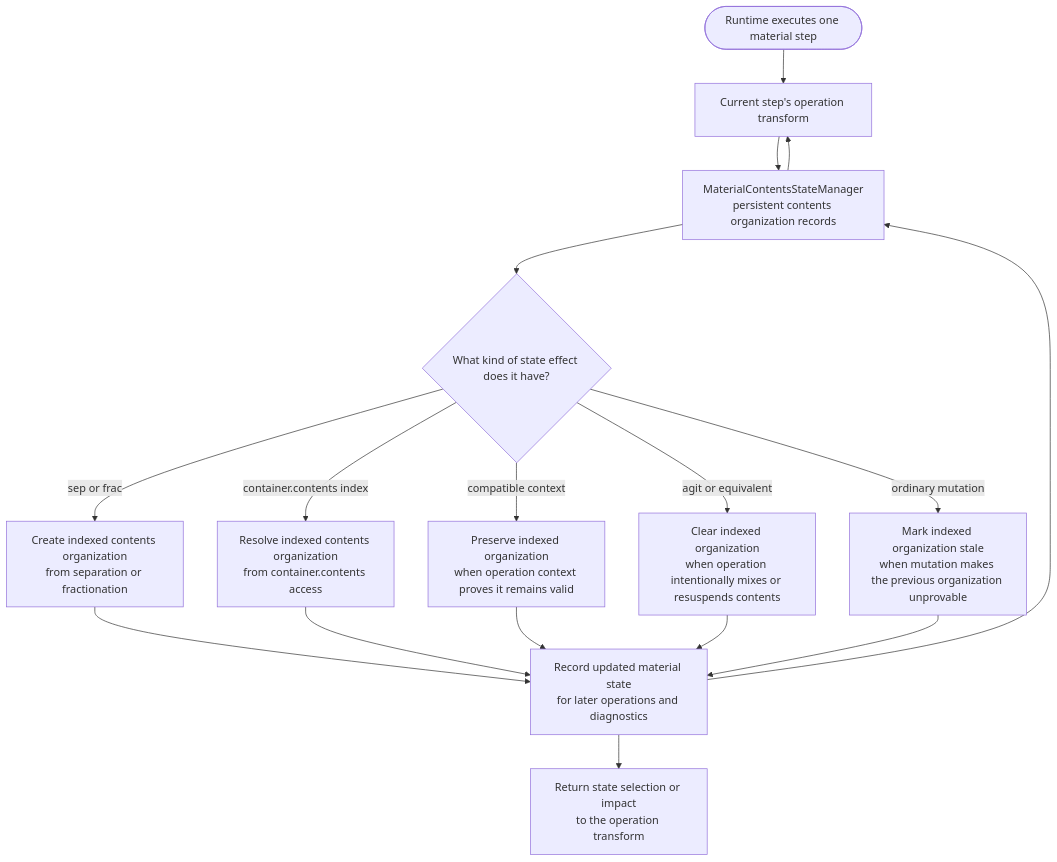
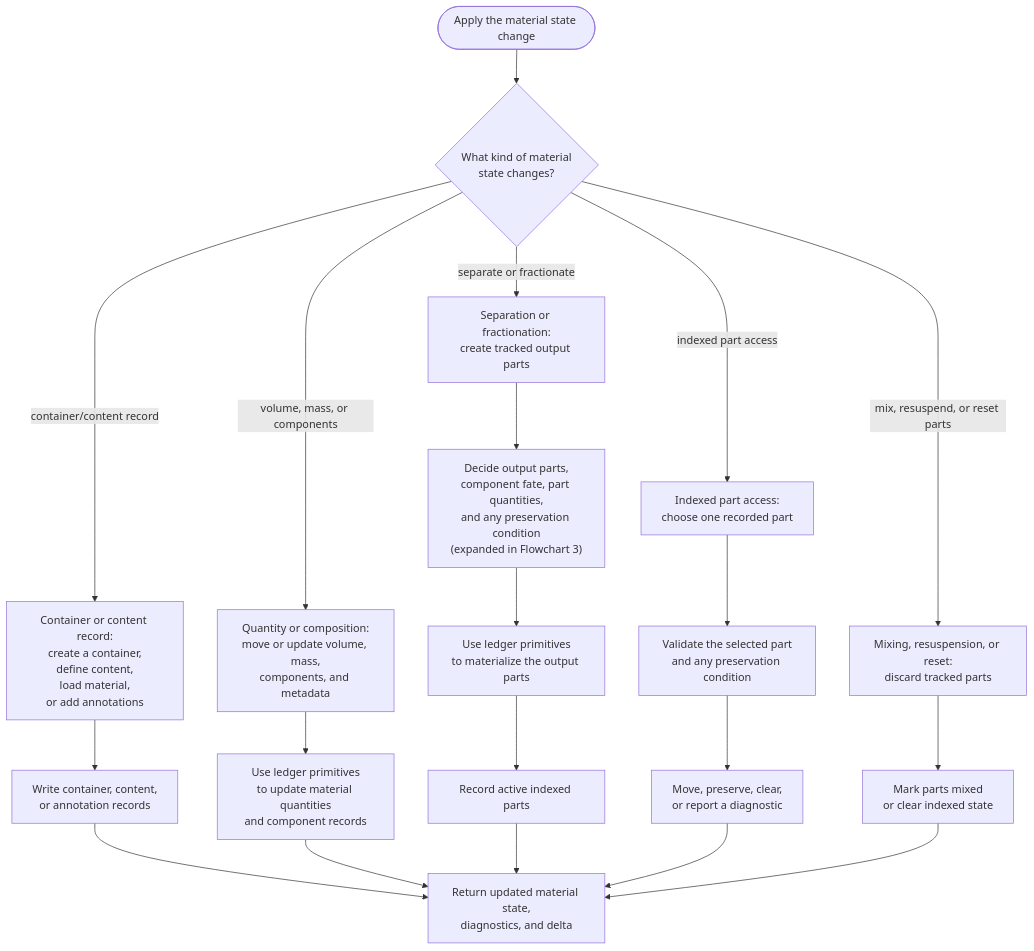
Before and after one commit to culsma/culsma: the second of 8 diagrams in docs/architecture/material_compute_module_diagrams.md, drawn with Mermaid. The commit also changed other lines of this file and 10 other files, not shown here.

````diff
--- a/docs/architecture/material_compute_module_diagrams.md
+++ b/docs/architecture/material_compute_module_diagrams.md
@@ -133,31 +89,51 @@
 ```mermaid
 flowchart TB
-    Step(["Runtime executes one material step"])
-    Transform["Current step's operation transform"]
-    Manager["MaterialContentsStateManager<br/>persistent contents organization records"]
-    Kind{"What kind of state effect does it have?"}
-    Create["Create indexed contents organization<br/>from separation or fractionation"]
-    Read["Resolve indexed contents organization<br/>from container.contents access"]
-    Preserve["Preserve indexed organization<br/>when operation context proves it remains valid"]
-    Mix["Clear indexed organization<br/>when operation intentionally mixes or resuspends contents"]
-    Invalidate["Mark indexed organization stale<br/>when mutation makes the previous organization unprovable"]
-    State["Record updated material state<br/>for later operations and diagnostics"]
-    Result["Return state selection or impact<br/>to the operation transform"]
+    Step(["Apply the material state change"])
+    Action{"What kind of material<br/>state changes?"}
 
-    Step --> Transform
-    Transform --> Manager
-    Manager --> Kind
-    Kind -->|sep or frac| Create
-    Kind -->|container.contents index| Read
-    Kind -->|compatible context| Preserve
-    Kind -->|agit or equivalent| Mix
-    Kind -->|ordinary mutation| Invalidate
-    Create --> State
-    Read --> State
-    Preserve --> State
-    Mix --> State
-    Invalidate --> State
-    State --> Manager
-    Manager --> Transform
-    State --> Result
+    ContainerRecord["Container or content record:<br/>create a container,<br/>define content,<br/>load material,<br/>or add annotations"]
+    ContainerApply["Write container, content,<br/>or annotation records"]
+
+    QuantityComposition["Quantity or composition:<br/>move or update volume, mass,<br/>components, and metadata"]
+    QuantityApply["Use ledger primitives<br/>to update material quantities<br/>and component records"]
+
+    SepFrac["Separation or fractionation:<br/>create tracked output parts"]
+    Partition["Decide output parts,<br/>component fate, part quantities,<br/>and any preservation condition<br/>(expanded in Flowchart 3)"]
+    Materialize["Use ledger primitives<br/>to materialize the output parts"]
+    RecordPartition["Record active indexed parts"]
+
+    Select["Indexed part access:<br/>choose one recorded part"]
+    Validate["Validate the selected part<br/>and any preservation condition"]
+    SelectionImpact["Move, preserve, clear,<br/>or report a diagnostic"]
+
+    Reset["Mixing, resuspension, or reset:<br/>discard tracked parts"]
+    ResetImpact["Mark parts mixed<br/>or clear indexed state"]
+
+    Return["Return updated material state,<br/>diagnostics, and delta"]
+
+    Step --> Action
+
+    Action -->|container/content record| ContainerRecord
+    ContainerRecord --> ContainerApply
+    ContainerApply --> Return
+
+    Action -->|volume, mass, or components| QuantityComposition
+    QuantityComposition --> QuantityApply
+    QuantityApply --> Return
+
+    Action -->|separate or fractionate| SepFrac
+    SepFrac --> Partition
+    Partition --> Materialize
+    Materialize --> RecordPartition
+    RecordPartition --> Return
+
+    Action -->|indexed part access| Select
+    Select --> Validate
+    Validate --> SelectionImpact
+    SelectionImpact --> Return
+
+    Action -->|mix, resuspend, or reset parts| Reset
+    Reset --> ResetImpact
+    ResetImpact --> Return
+
 ```
````
